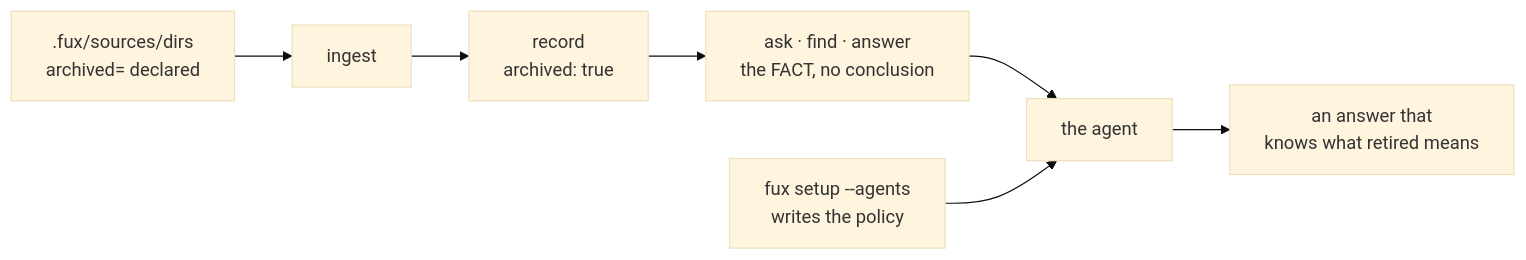
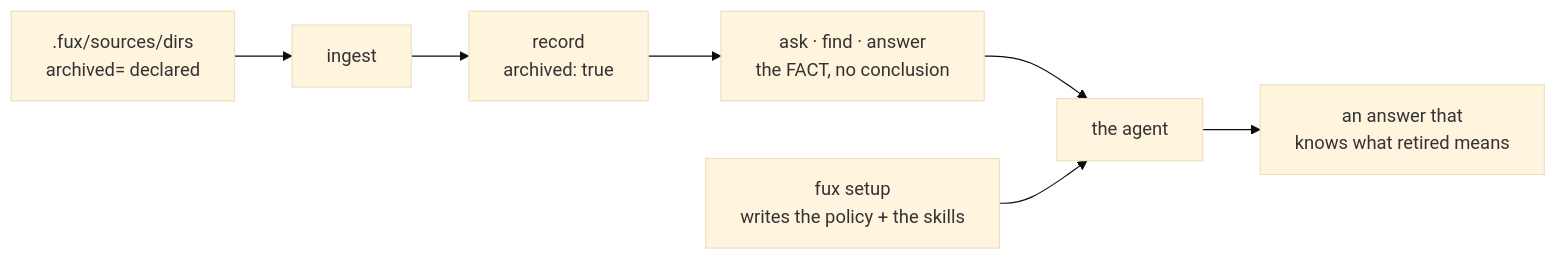
The diagram in docs/adr/0035_agent-policy.md (arpitarya/fux), drawn with Mermaid (base theme) before and after one commit. The commit also changed other lines of this file and 442 other files, not shown here.

````diff
--- a/docs/adr/0035_agent-policy.md
+++ b/docs/adr/0035_agent-policy.md
@@ -49,9 +32,9 @@
 ```mermaid
 flowchart LR
     S[".fux/sources/dirs<br/>archived= declared"] --> I["ingest"]
     I --> R["record<br/>archived: true"]
     R --> O["ask · find · answer<br/>the FACT, no conclusion"]
     O --> A["the agent"]
-    P["fux setup --agents<br/>writes the policy"] --> A
+    P["fux setup<br/>writes the policy + the skills"] --> A
     A --> ANS["an answer that<br/>knows what retired means"]
 ```
````
